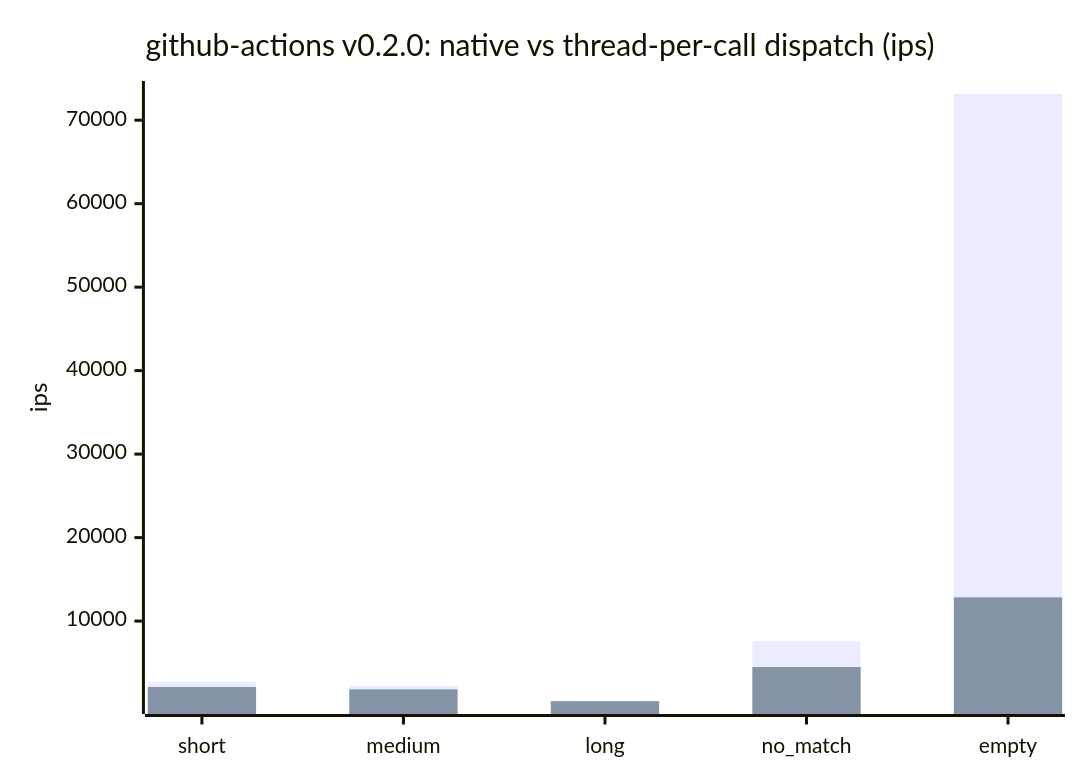
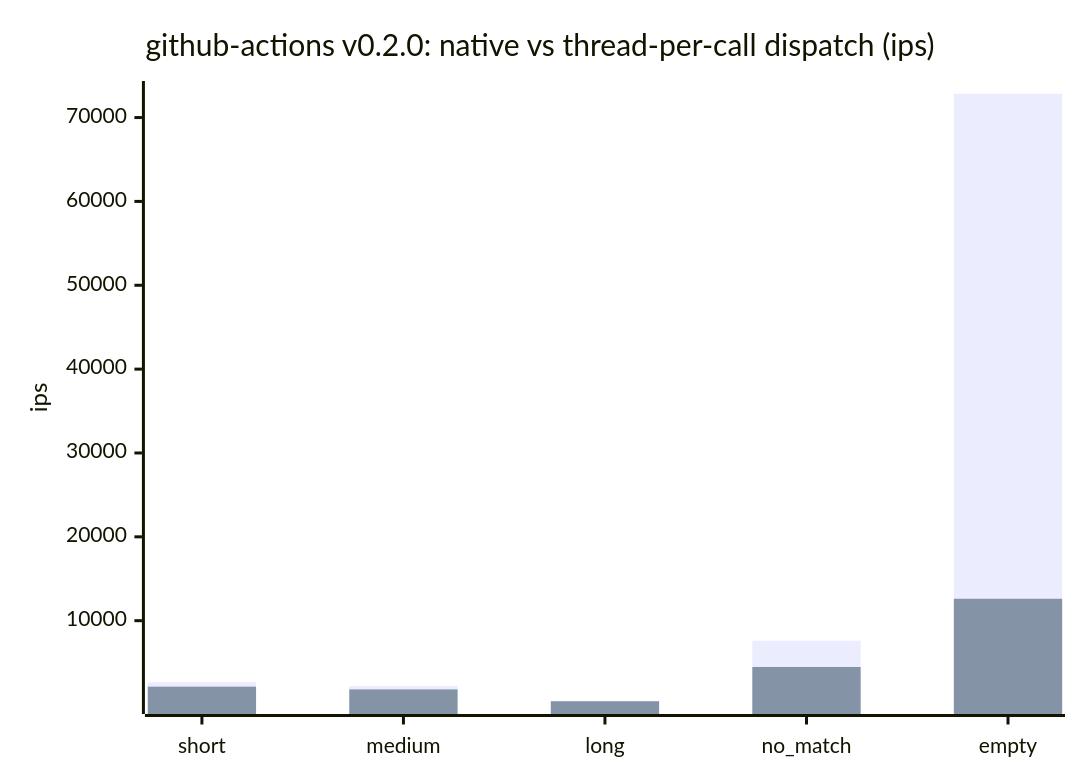
Before and after one commit to cpb/duckling: the first of 5 diagrams in docs/benchmarks/README.md, drawn with Mermaid. The commit also changed other lines of this file and 1 other file, not shown here.

Commit message:
Record github-actions benchmark for PR #50 (post-#64 dispatch schema) [benchmark-record]

````diff
--- a/docs/benchmarks/README.md
+++ b/docs/benchmarks/README.md
@@ -50,8 +50,8 @@
 ```mermaid
 xychart-beta
     title "github-actions v0.2.0: native vs thread-per-call dispatch (ips)"
     x-axis [short, medium, long, no_match, empty]
     y-axis "ips"
-    bar "native" [2747.1, 2252.5, 420.1, 7629.4, 73168.7]
-    bar "thread-per-call" [2109.2, 1822.2, 395.1, 4491.6, 12840.3]
+    bar "native" [2662.2, 2216.9, 419.1, 7614.2, 72838.8]
+    bar "thread-per-call" [2130.8, 1804.9, 392.7, 4480.0, 12615.7]
 ```
````
